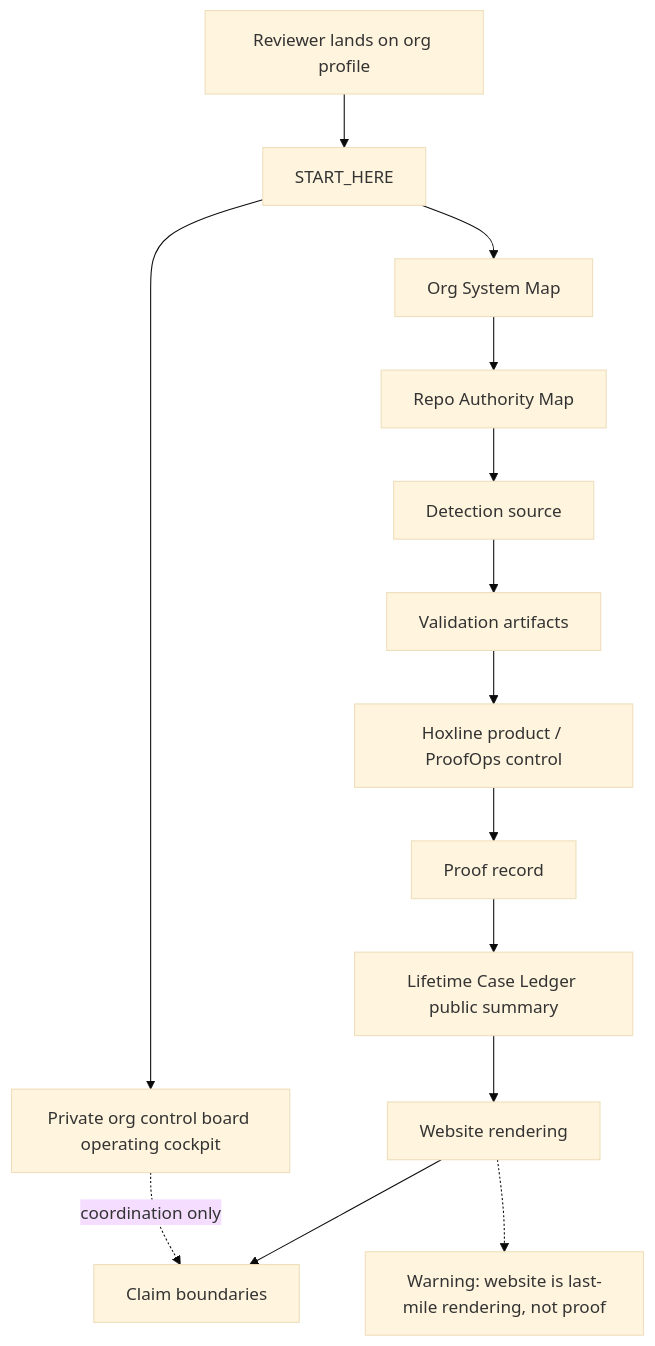
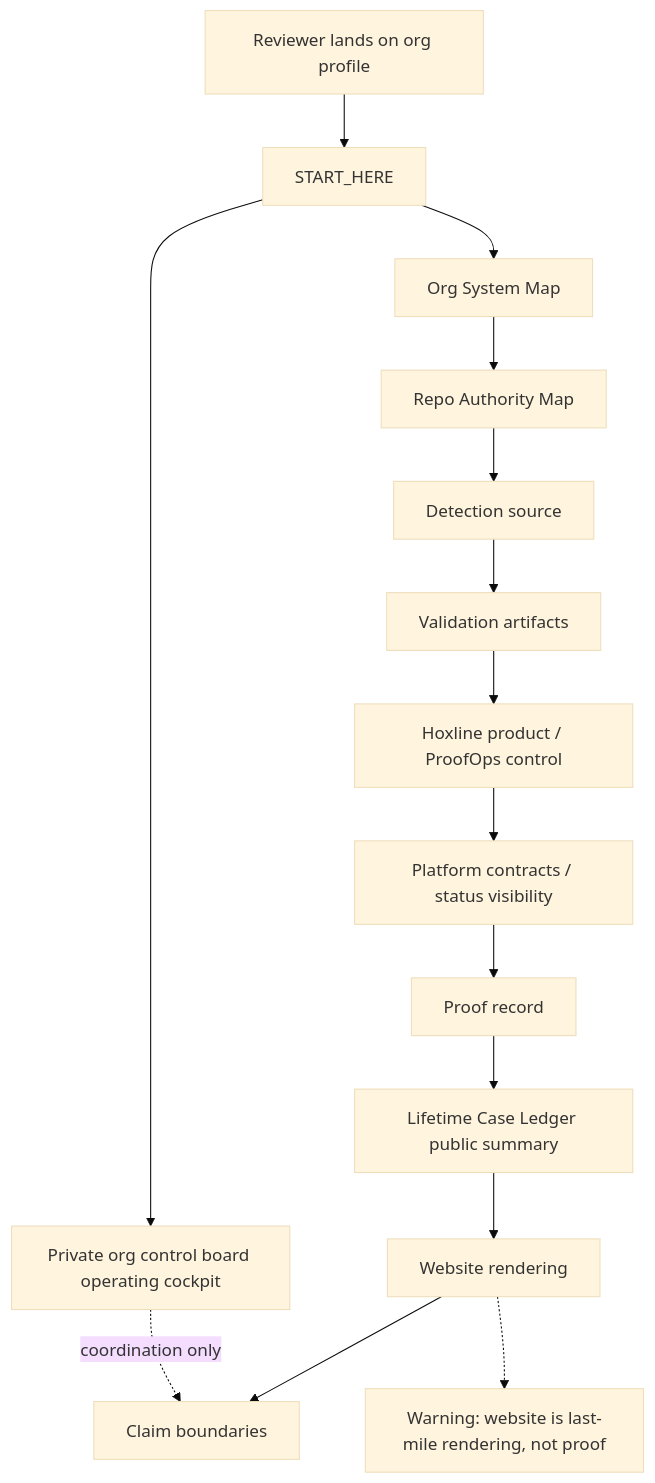
The sixth of 6 diagrams in wiki/11_ORG_SYSTEM_MAP.md (HawkinsOperations/.github), drawn with Mermaid (base theme) before and after one commit. The commit also changed 1 other file, not shown here.

Commit message:
Fail closed on authority contract ambiguity

````diff
--- a/wiki/11_ORG_SYSTEM_MAP.md
+++ b/wiki/11_ORG_SYSTEM_MAP.md
@@ -176,21 +176,22 @@
 ```mermaid
 flowchart TD
     profile["Reviewer lands on org profile"]
     start["START_HERE"]
     map["Org System Map"]
     authority["Repo Authority Map"]
     source["Detection source"]
     validation["Validation artifacts"]
     hoxline["Hoxline product / ProofOps control"]
+    platform["Platform contracts / status visibility"]
     proof["Proof record"]
     project["Private org control board operating cockpit"]
     ledger["Lifetime Case Ledger public summary"]
     website["Website rendering"]
     boundaries["Claim boundaries"]
     warning["Warning: website is last-mile rendering, not proof"]
 
-    profile --> start --> map --> authority --> source --> validation --> hoxline --> proof --> ledger --> website --> boundaries
+    profile --> start --> map --> authority --> source --> validation --> hoxline --> platform --> proof --> ledger --> website --> boundaries
     start --> project
     project -. "coordination only" .-> boundaries
     website -.-> warning
 ```
````
